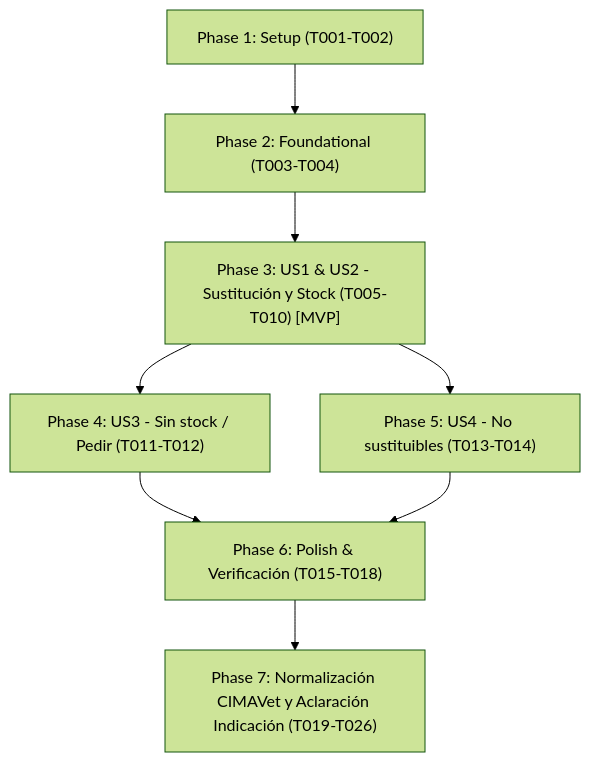
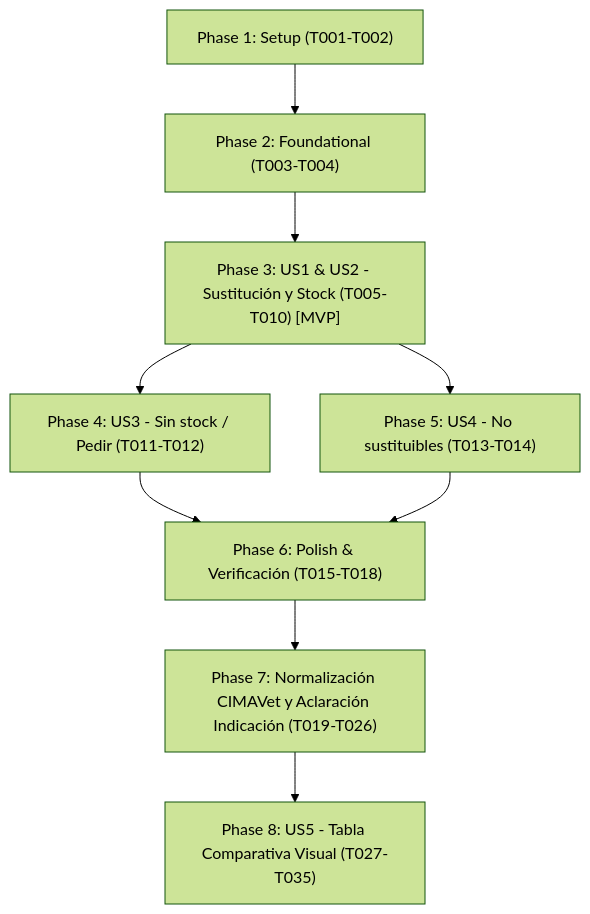
The diagram in specs/005-assistant-stock-substitutions/tasks.md (jcmendez-guerrero/presvetcheck), drawn with Mermaid (forest theme) before and after one commit. The commit also changed other lines of this file and 13 other files, not shown here.

Commit message:
feat(asistente): tabla comparativa de criterios de sustitución en motor y UI (FR-016)

````diff
--- a/specs/005-assistant-stock-substitutions/tasks.md
+++ b/specs/005-assistant-stock-substitutions/tasks.md
@@ -140,10 +166,11 @@
 ```mermaid
 flowchart TD
     Setup["Phase 1: Setup (T001-T002)"] --> Foundational["Phase 2: Foundational (T003-T004)"]
     Foundational --> US1_US2["Phase 3: US1 & US2 - Sustitución y Stock (T005-T010) [MVP]"]
     US1_US2 --> US3["Phase 4: US3 - Sin stock / Pedir (T011-T012)"]
     US1_US2 --> US4["Phase 5: US4 - No sustituibles (T013-T014)"]
     US3 --> Polish["Phase 6: Polish & Verificación (T015-T018)"]
     US4 --> Polish
     Polish --> Phase7["Phase 7: Normalización CIMAVet y Aclaración Indicación (T019-T026)"]
+    Phase7 --> Phase8["Phase 8: US5 - Tabla Comparativa Visual (T027-T035)"]
 ```
````
